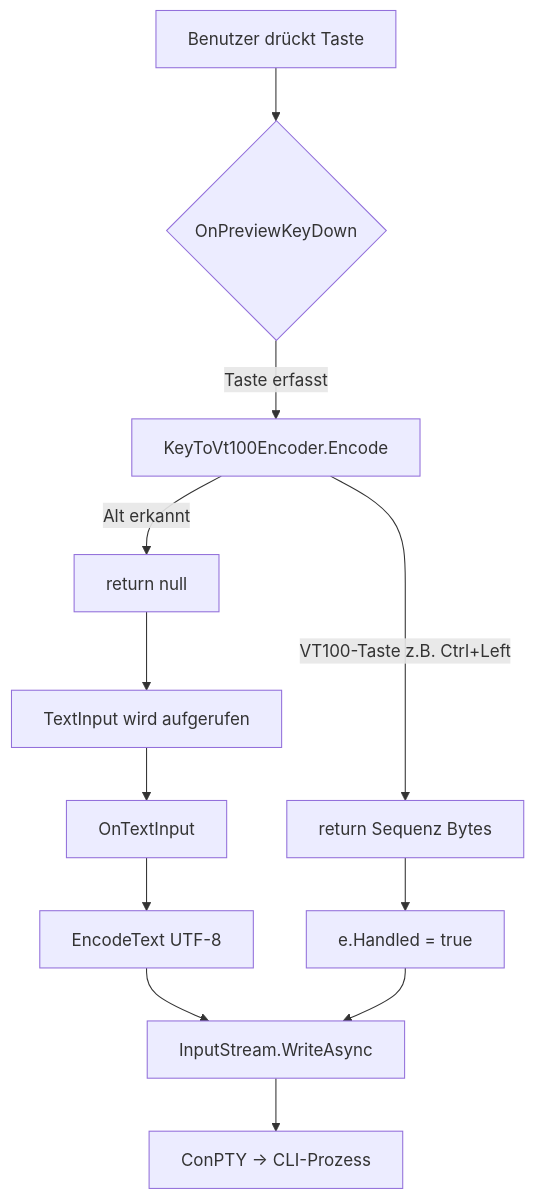
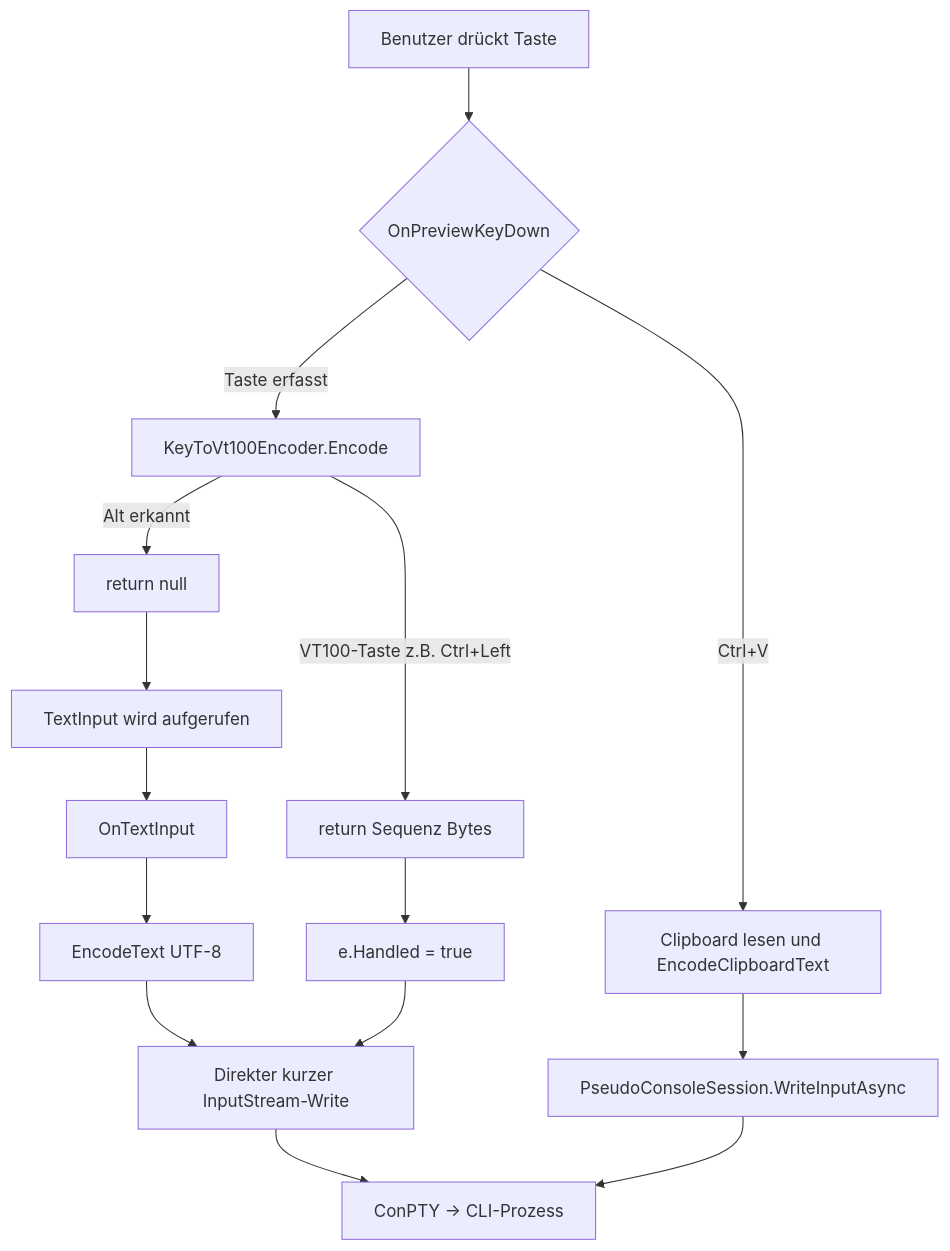
One commit to martin-stromberg/Softwareschmiede changed the diagram in docs/help/terminal/eingabeverarbeitung.md. Above: the diagram before and after it, drawn with Mermaid. The commit also changed other lines of this file and 17 other files, not shown here.

````diff
--- a/docs/help/terminal/eingabeverarbeitung.md
+++ b/docs/help/terminal/eingabeverarbeitung.md
@@ -132,15 +167,19 @@
 ```mermaid
 flowchart TD
     A["Benutzer drückt Taste"] --> B{"OnPreviewKeyDown"}
     B -->|Taste erfasst| C["KeyToVt100Encoder.Encode"]
     C -->|Alt erkannt| D["return null"]
     D --> E["TextInput wird aufgerufen"]
     E --> F["OnTextInput"]
     F --> G["EncodeText UTF-8"]
-    G --> H["InputStream.WriteAsync"]
-    H --> I["ConPTY → CLI-Prozess"]
+    G --> H["Direkter kurzer InputStream-Write"]
+    H --> M["ConPTY → CLI-Prozess"]
     
     C -->|VT100-Taste z.B. Ctrl+Left| J["return Sequenz Bytes"]
     J --> K["e.Handled = true"]
     K --> H
+
+    B -->|Ctrl+V| L["Clipboard lesen und EncodeClipboardText"]
+    L --> I["PseudoConsoleSession.WriteInputAsync"]
+    I --> M
 ```
````
